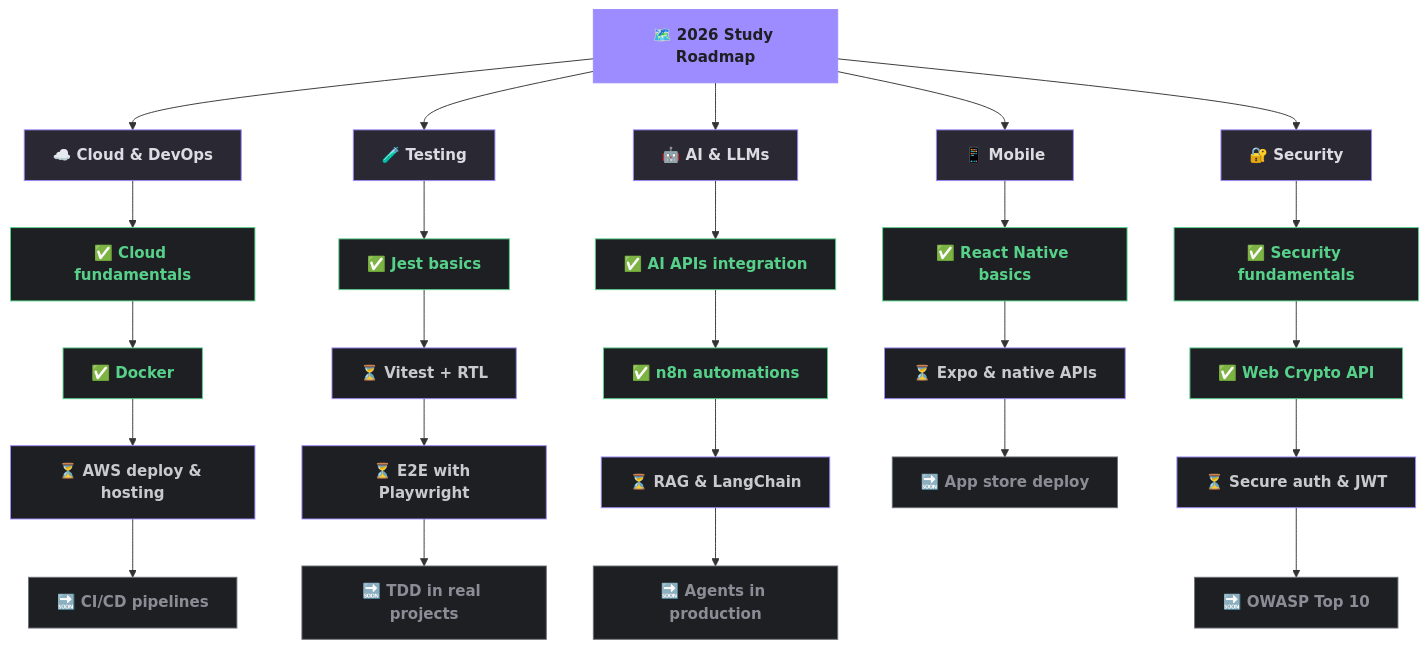
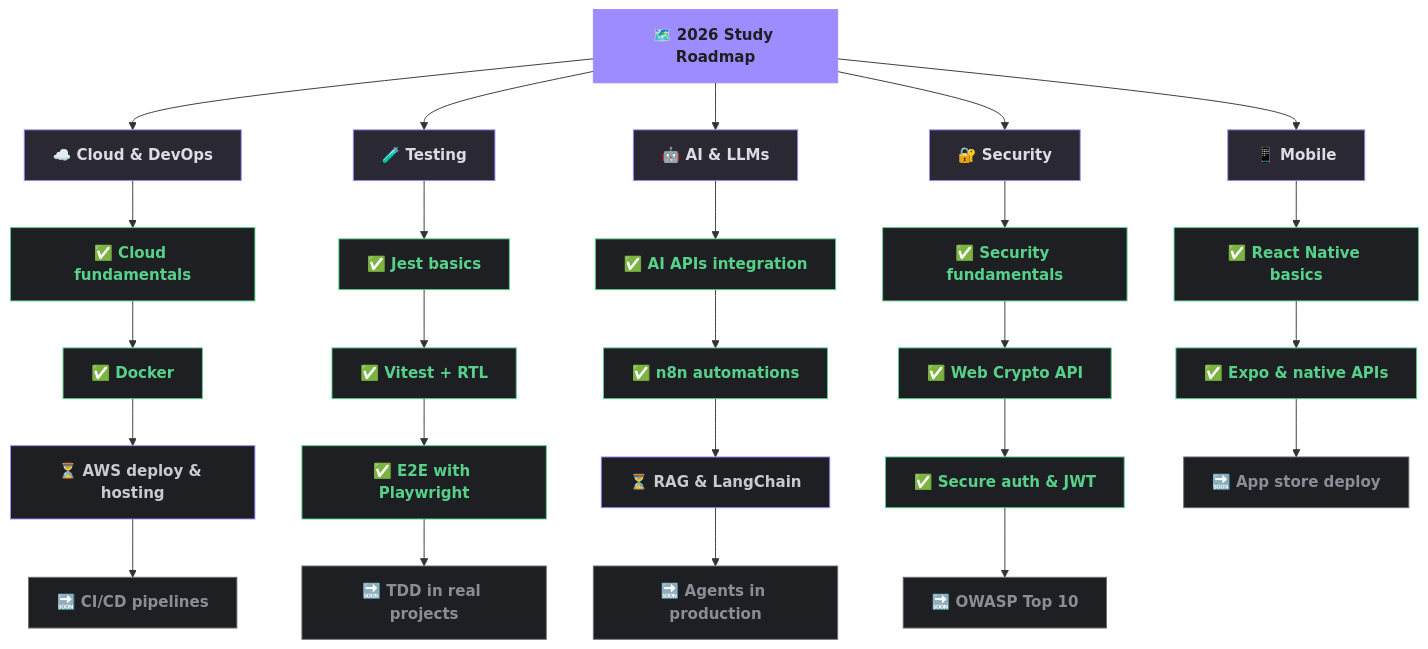
Before and after one commit to Pedroaruana/Pedroaruana: the diagram in README.md, drawn with Mermaid.

````diff
--- a/README.md
+++ b/README.md
@@ -136,28 +136,28 @@
 ```mermaid
 flowchart TD
     R["🗺️ 2026 Study Roadmap"]
 
     R --> CL["☁️ Cloud & DevOps"]
     R --> TS["🧪 Testing"]
     R --> AI["🤖 AI & LLMs"]
+    R --> SC["🔐 Security"]
     R --> MB["📱 Mobile"]
-    R --> SC["🔐 Security"]
 
     CL --> CL1["✅ Cloud fundamentals"] --> CL2["✅ Docker"] --> CL3["⏳ AWS deploy & hosting"] --> CL4["🔜 CI/CD pipelines"]
-    TS --> TS1["✅ Jest basics"] --> TS2["⏳ Vitest + RTL"] --> TS3["⏳ E2E with Playwright"] --> TS4["🔜 TDD in real projects"]
+    TS --> TS1["✅ Jest basics"] --> TS2["✅ Vitest + RTL"] --> TS3["✅ E2E with Playwright"] --> TS4["🔜 TDD in real projects"]
     AI --> AI1["✅ AI APIs integration"] --> AI2["✅ n8n automations"] --> AI3["⏳ RAG & LangChain"] --> AI4["🔜 Agents in production"]
-    MB --> MB1["✅ React Native basics"] --> MB2["⏳ Expo & native APIs"] --> MB3["🔜 App store deploy"]
-    SC --> SC1["✅ Security fundamentals"] --> SC2["✅ Web Crypto API"] --> SC3["⏳ Secure auth & JWT"] --> SC4["🔜 OWASP Top 10"]
+    SC --> SC1["✅ Security fundamentals"] --> SC2["✅ Web Crypto API"] --> SC3["✅ Secure auth & JWT"] --> SC4["🔜 OWASP Top 10"]
+    MB --> MB1["✅ React Native basics"] --> MB2["✅ Expo & native APIs"] --> MB3["🔜 App store deploy"]
 
     classDef root fill:#9d8cff,stroke:#9d8cff,color:#1e1f22,font-weight:bold
     classDef branch fill:#2a2833,stroke:#9d8cff,color:#dcdce2,font-weight:bold
     classDef done fill:#1e1f22,stroke:#57d18a,color:#57d18a
     classDef prog fill:#1e1f22,stroke:#9d8cff,color:#c9c9cf
     classDef next fill:#1e1f22,stroke:#6d6f78,color:#8b8d96
 
     class R root
-    class CL,TS,AI,MB,SC branch
-    class CL1,CL2,TS1,AI1,AI2,MB1,SC1,SC2 done
-    class CL3,TS2,TS3,AI3,MB2,SC3 prog
-    class CL4,TS4,AI4,MB3,SC4 next
+    class CL,TS,AI,SC,MB branch
+    class CL1,CL2,TS1,TS2,TS3,AI1,AI2,SC1,SC2,SC3,MB1,MB2 done
+    class CL3,AI3 prog
+    class CL4,TS4,AI4,SC4,MB3 next
 ```
````
